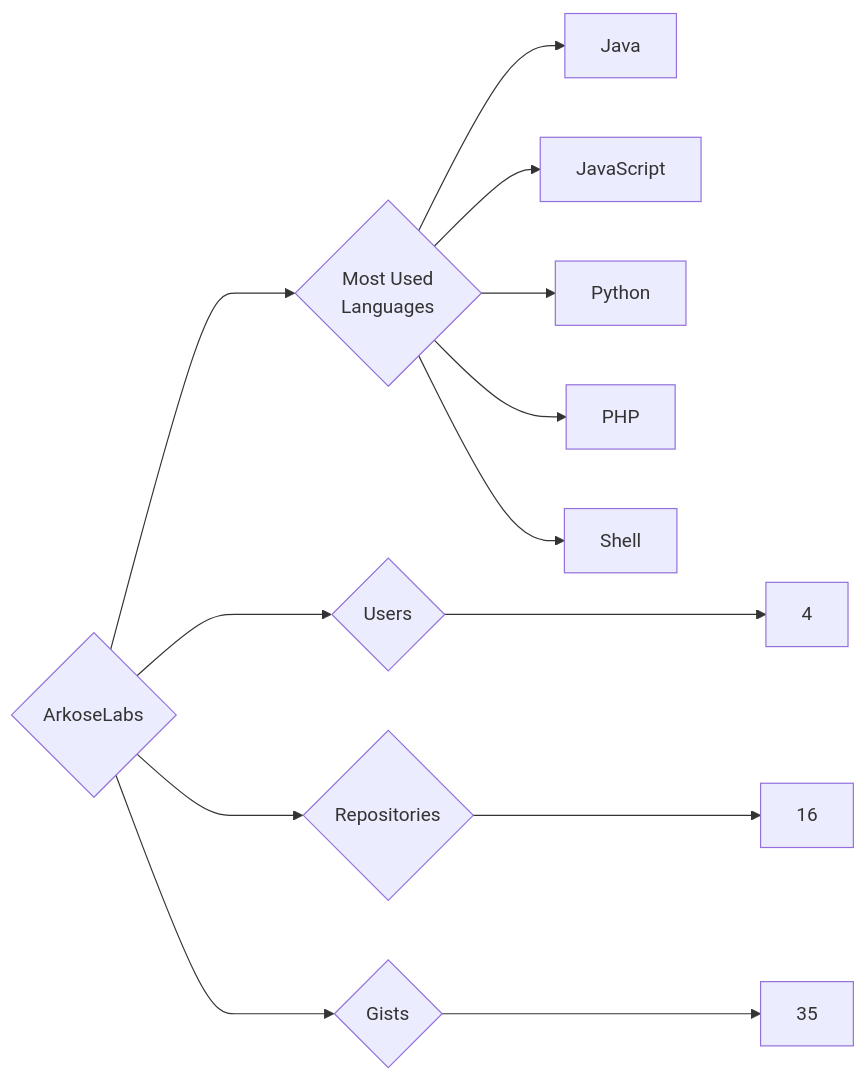
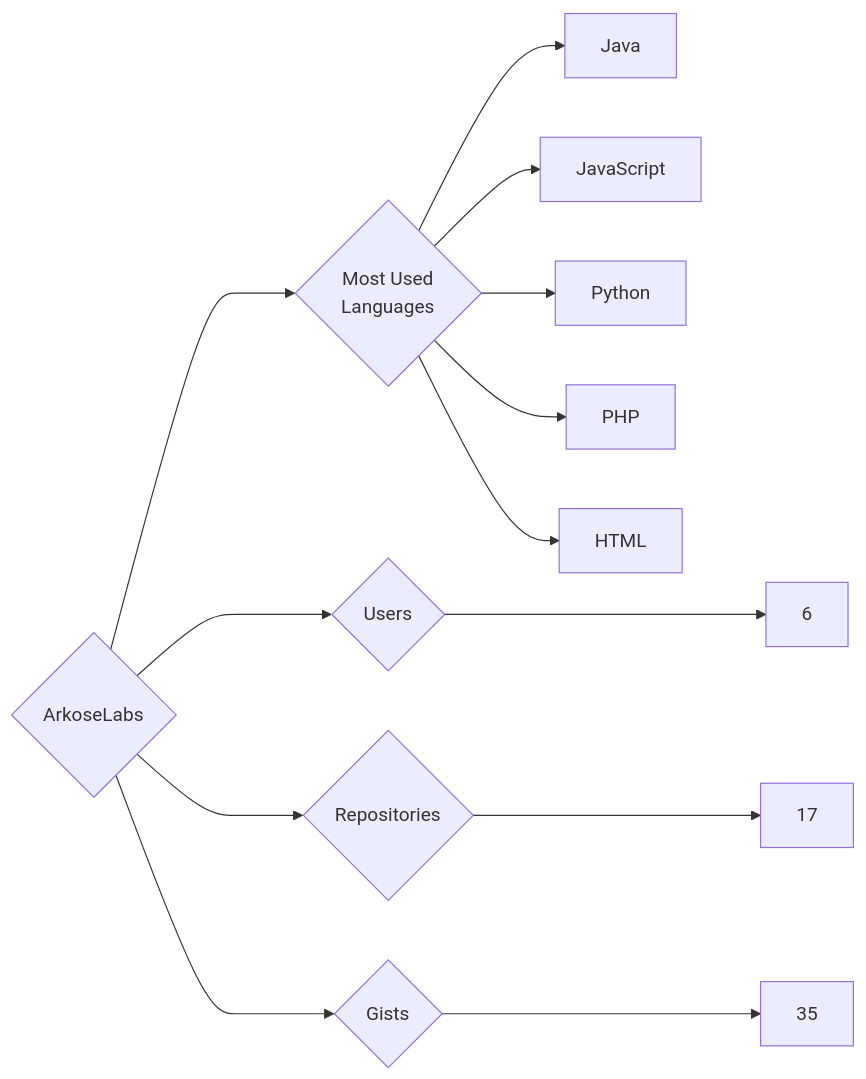
One commit to trickest/insiders changed the diagram in targets/ArkoseLabs/README.md. Above: the diagram before and after it, drawn with Mermaid. The commit also changed 933 other files, not shown here.

````diff
--- a/targets/ArkoseLabs/README.md
+++ b/targets/ArkoseLabs/README.md
@@ -3,13 +3,13 @@
 ```mermaid
 graph LR
 COMPANY_NAME{ArkoseLabs}
-COMPANY_NAME ---> U{Users} ---> UN[4]
-COMPANY_NAME ---> R{Repositories} ---> RN[16]
+COMPANY_NAME ---> U{Users} ---> UN[6]
+COMPANY_NAME ---> R{Repositories} ---> RN[17]
 COMPANY_NAME ---> G{Gists} ---> GN[35]
 COMPANY_NAME ---> ML{Most Used<br>Languages}
 ML --> Java[Java]
 ML --> JavaScript[JavaScript]
 ML --> Python[Python]
 ML --> PHP[PHP]
-ML --> Shell[Shell]
+ML --> HTML[HTML]
 ```
````
